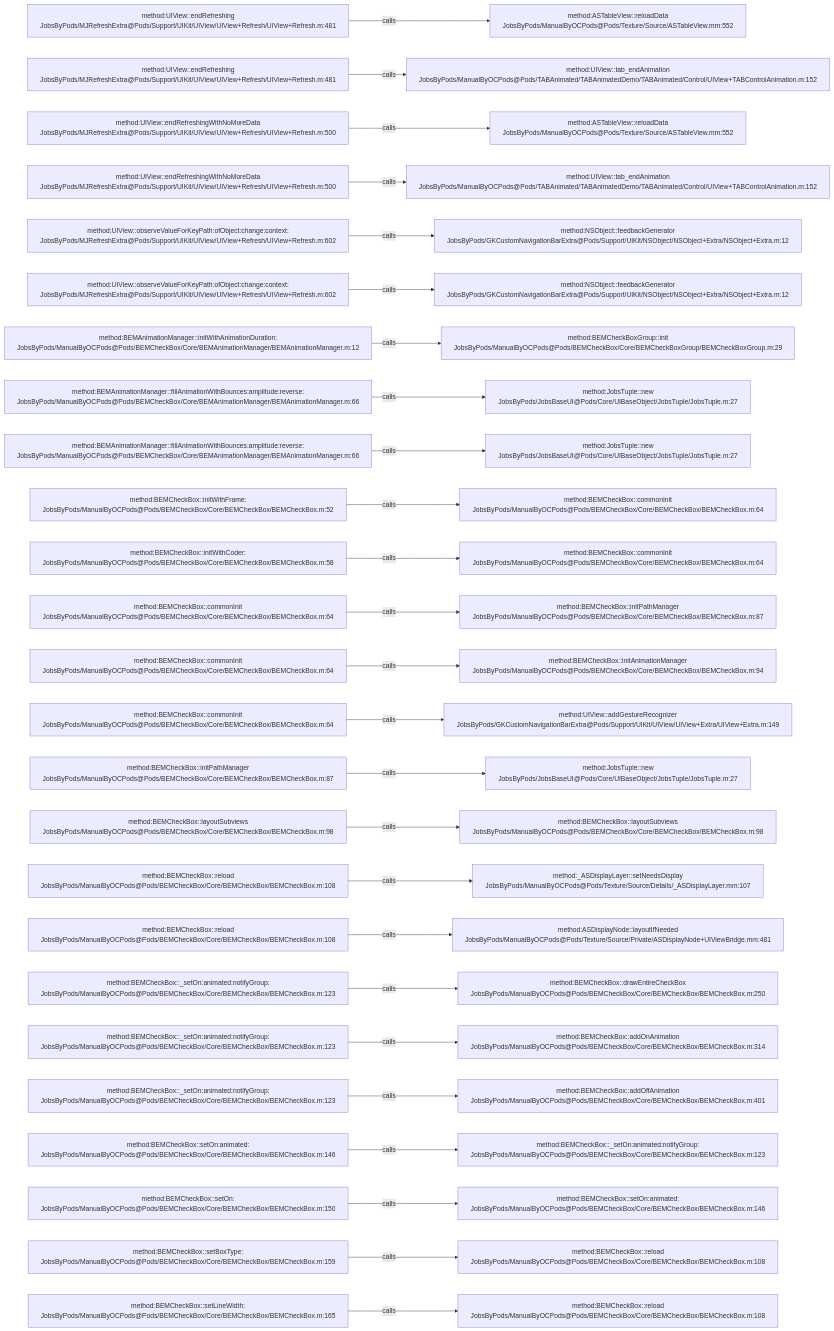
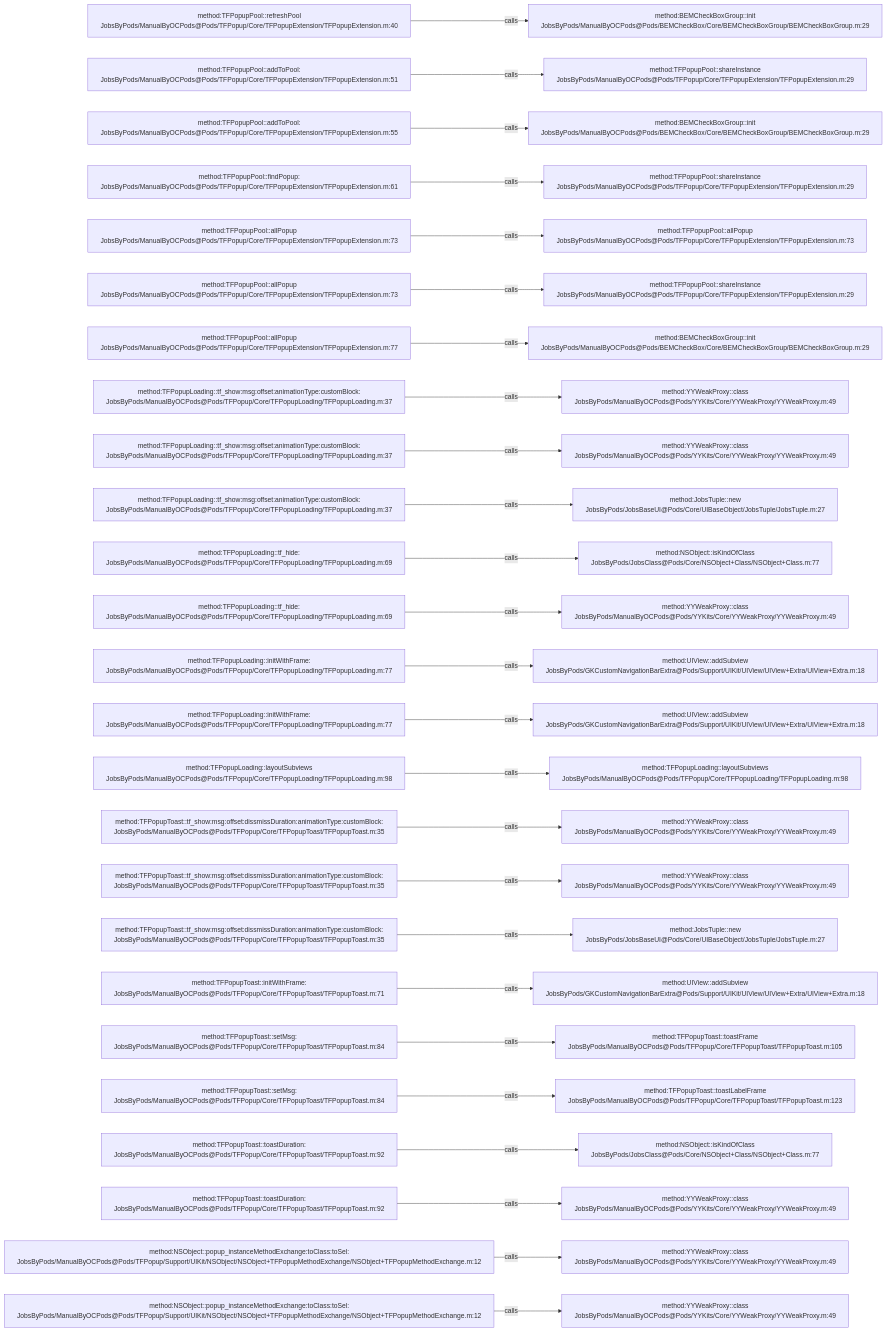
The diagram in .codegraph/codegraph.md/graphs/calls-176.md (JobsKits/JobsOCBaseConfigDemo), drawn with Mermaid before and after one commit. The commit also changed 573 other files, not shown here.

````diff
--- a/.codegraph/codegraph.md/graphs/calls-176.md
+++ b/.codegraph/codegraph.md/graphs/calls-176.md
@@ -13,78 +13,78 @@
 ```mermaid
 flowchart LR
-  S1["method:UIView::endRefreshing<br/>JobsByPods/MJRefreshExtra@Pods/Support/UIKit/UIView/UIView+Refresh/UIView+Refresh.m:481"]
-  T1["method:ASTableView::reloadData<br/>JobsByPods/ManualByOCPods@Pods/Texture/Source/ASTableView.mm:552"]
+  S1["method:TFPopupPool::refreshPool<br/>JobsByPods/ManualByOCPods@Pods/TFPopup/Core/TFPopupExtension/TFPopupExtension.m:40"]
+  T1["method:BEMCheckBoxGroup::init<br/>JobsByPods/ManualByOCPods@Pods/BEMCheckBox/Core/BEMCheckBoxGroup/BEMCheckBoxGroup.m:29"]
   S1 -->|calls| T1
-  S2["method:UIView::endRefreshing<br/>JobsByPods/MJRefreshExtra@Pods/Support/UIKit/UIView/UIView+Refresh/UIView+Refresh.m:481"]
-  T2["method:UIView::tab_endAnimation<br/>JobsByPods/ManualByOCPods@Pods/TABAnimated/TABAnimatedDemo/TABAnimated/Control/UIView+TABControlAnimation.m:152"]
+  S2["method:TFPopupPool::addToPool:<br/>JobsByPods/ManualByOCPods@Pods/TFPopup/Core/TFPopupExtension/TFPopupExtension.m:51"]
+  T2["method:TFPopupPool::shareInstance<br/>JobsByPods/ManualByOCPods@Pods/TFPopup/Core/TFPopupExtension/TFPopupExtension.m:29"]
   S2 -->|calls| T2
-  S3["method:UIView::endRefreshingWithNoMoreData<br/>JobsByPods/MJRefreshExtra@Pods/Support/UIKit/UIView/UIView+Refresh/UIView+Refresh.m:500"]
-  T3["method:ASTableView::reloadData<br/>JobsByPods/ManualByOCPods@Pods/Texture/Source/ASTableView.mm:552"]
+  S3["method:TFPopupPool::addToPool:<br/>JobsByPods/ManualByOCPods@Pods/TFPopup/Core/TFPopupExtension/TFPopupExtension.m:55"]
+  T3["method:BEMCheckBoxGroup::init<br/>JobsByPods/ManualByOCPods@Pods/BEMCheckBox/Core/BEMCheckBoxGroup/BEMCheckBoxGroup.m:29"]
   S3 -->|calls| T3
-  S4["method:UIView::endRefreshingWithNoMoreData<br/>JobsByPods/MJRefreshExtra@Pods/Support/UIKit/UIView/UIView+Refresh/UIView+Refresh.m:500"]
-  T4["method:UIView::tab_endAnimation<br/>JobsByPods/ManualByOCPods@Pods/TABAnimated/TABAnimatedDemo/TABAnimated/Control/UIView+TABControlAnimation.m:152"]
+  S4["method:TFPopupPool::findPopup:<br/>JobsByPods/ManualByOCPods@Pods/TFPopup/Core/TFPopupExtension/TFPopupExtension.m:61"]
+  T4["method:TFPopupPool::shareInstance<br/>JobsByPods/ManualByOCPods@Pods/TFPopup/Core/TFPopupExtension/TFPopupExtension.m:29"]
   S4 -->|calls| T4
-  S5["method:UIView::observeValueForKeyPath:ofObject:change:context:<br/>JobsByPods/MJRefreshExtra@Pods/Support/UIKit/UIView/UIView+Refresh/UIView+Refresh.m:602"]
-  T5["method:NSObject::feedbackGenerator<br/>JobsByPods/GKCustomNavigationBarExtra@Pods/Support/UIKit/NSObject/NSObject+Extra/NSObject+Extra.m:12"]
+  S5["method:TFPopupPool::allPopup<br/>JobsByPods/ManualByOCPods@Pods/TFPopup/Core/TFPopupExtension/TFPopupExtension.m:73"]
+  T5["method:TFPopupPool::allPopup<br/>JobsByPods/ManualByOCPods@Pods/TFPopup/Core/TFPopupExtension/TFPopupExtension.m:73"]
   S5 -->|calls| T5
-  S6["method:UIView::observeValueForKeyPath:ofObject:change:context:<br/>JobsByPods/MJRefreshExtra@Pods/Support/UIKit/UIView/UIView+Refresh/UIView+Refresh.m:602"]
-  T6["method:NSObject::feedbackGenerator<br/>JobsByPods/GKCustomNavigationBarExtra@Pods/Support/UIKit/NSObject/NSObject+Extra/NSObject+Extra.m:12"]
+  S6["method:TFPopupPool::allPopup<br/>JobsByPods/ManualByOCPods@Pods/TFPopup/Core/TFPopupExtension/TFPopupExtension.m:73"]
+  T6["method:TFPopupPool::shareInstance<br/>JobsByPods/ManualByOCPods@Pods/TFPopup/Core/TFPopupExtension/TFPopupExtension.m:29"]
   S6 -->|calls| T6
-  S7["method:BEMAnimationManager::initWithAnimationDuration:<br/>JobsByPods/ManualByOCPods@Pods/BEMCheckBox/Core/BEMAnimationManager/BEMAnimationManager.m:12"]
+  S7["method:TFPopupPool::allPopup<br/>JobsByPods/ManualByOCPods@Pods/TFPopup/Core/TFPopupExtension/TFPopupExtension.m:77"]
   T7["method:BEMCheckBoxGroup::init<br/>JobsByPods/ManualByOCPods@Pods/BEMCheckBox/Core/BEMCheckBoxGroup/BEMCheckBoxGroup.m:29"]
   S7 -->|calls| T7
-  S8["method:BEMAnimationManager::fillAnimationWithBounces:amplitude:reverse:<br/>JobsByPods/ManualByOCPods@Pods/BEMCheckBox/Core/BEMAnimationManager/BEMAnimationManager.m:66"]
-  T8["method:JobsTuple::new<br/>JobsByPods/JobsBaseUI@Pods/Core/UIBaseObject/JobsTuple/JobsTuple.m:27"]
+  S8["method:TFPopupLoading::tf_show:msg:offset:animationType:customBlock:<br/>JobsByPods/ManualByOCPods@Pods/TFPopup/Core/TFPopupLoading/TFPopupLoading.m:37"]
+  T8["method:YYWeakProxy::class<br/>JobsByPods/ManualByOCPods@Pods/YYKits/Core/YYWeakProxy/YYWeakProxy.m:49"]
   S8 -->|calls| T8
-  S9["method:BEMAnimationManager::fillAnimationWithBounces:amplitude:reverse:<br/>JobsByPods/ManualByOCPods@Pods/BEMCheckBox/Core/BEMAnimationManager/BEMAnimationManager.m:66"]
-  T9["method:JobsTuple::new<br/>JobsByPods/JobsBaseUI@Pods/Core/UIBaseObject/JobsTuple/JobsTuple.m:27"]
+  S9["method:TFPopupLoading::tf_show:msg:offset:animationType:customBlock:<br/>JobsByPods/ManualByOCPods@Pods/TFPopup/Core/TFPopupLoading/TFPopupLoading.m:37"]
+  T9["method:YYWeakProxy::class<br/>JobsByPods/ManualByOCPods@Pods/YYKits/Core/YYWeakProxy/YYWeakProxy.m:49"]
   S9 -->|calls| T9
-  S10["method:BEMCheckBox::initWithFrame:<br/>JobsByPods/ManualByOCPods@Pods/BEMCheckBox/Core/BEMCheckBox/BEMCheckBox.m:52"]
-  T10["method:BEMCheckBox::commonInit<br/>JobsByPods/ManualByOCPods@Pods/BEMCheckBox/Core/BEMCheckBox/BEMCheckBox.m:64"]
+  S10["method:TFPopupLoading::tf_show:msg:offset:animationType:customBlock:<br/>JobsByPods/ManualByOCPods@Pods/TFPopup/Core/TFPopupLoading/TFPopupLoading.m:37"]
+  T10["method:JobsTuple::new<br/>JobsByPods/JobsBaseUI@Pods/Core/UIBaseObject/JobsTuple/JobsTuple.m:27"]
   S10 -->|calls| T10
-  S11["method:BEMCheckBox::initWithCoder:<br/>JobsByPods/ManualByOCPods@Pods/BEMCheckBox/Core/BEMCheckBox/BEMCheckBox.m:58"]
-  T11["method:BEMCheckBox::commonInit<br/>JobsByPods/ManualByOCPods@Pods/BEMCheckBox/Core/BEMCheckBox/BEMCheckBox.m:64"]
+  S11["method:TFPopupLoading::tf_hide:<br/>JobsByPods/ManualByOCPods@Pods/TFPopup/Core/TFPopupLoading/TFPopupLoading.m:69"]
+  T11["method:NSObject::isKindOfClass<br/>JobsByPods/JobsClass@Pods/Core/NSObject+Class/NSObject+Class.m:77"]
   S11 -->|calls| T11
-  S12["method:BEMCheckBox::commonInit<br/>JobsByPods/ManualByOCPods@Pods/BEMCheckBox/Core/BEMCheckBox/BEMCheckBox.m:64"]
-  T12["method:BEMCheckBox::initPathManager<br/>JobsByPods/ManualByOCPods@Pods/BEMCheckBox/Core/BEMCheckBox/BEMCheckBox.m:87"]
+  S12["method:TFPopupLoading::tf_hide:<br/>JobsByPods/ManualByOCPods@Pods/TFPopup/Core/TFPopupLoading/TFPopupLoading.m:69"]
+  T12["method:YYWeakProxy::class<br/>JobsByPods/ManualByOCPods@Pods/YYKits/Core/YYWeakProxy/YYWeakProxy.m:49"]
   S12 -->|calls| T12
-  S13["method:BEMCheckBox::commonInit<br/>JobsByPods/ManualByOCPods@Pods/BEMCheckBox/Core/BEMCheckBox/BEMCheckBox.m:64"]
-  T13["method:BEMCheckBox::initAnimationManager<br/>JobsByPods/ManualByOCPods@Pods/BEMCheckBox/Core/BEMCheckBox/BEMCheckBox.m:94"]
+  S13["method:TFPopupLoading::initWithFrame:<br/>JobsByPods/ManualByOCPods@Pods/TFPopup/Core/TFPopupLoading/TFPopupLoading.m:77"]
+  T13["method:UIView::addSubview<br/>JobsByPods/GKCustomNavigationBarExtra@Pods/Support/UIKit/UIView/UIView+Extra/UIView+Extra.m:18"]
   S13 -->|calls| T13
-  S14["method:BEMCheckBox::commonInit<br/>JobsByPods/ManualByOCPods@Pods/BEMCheckBox/Core/BEMCheckBox/BEMCheckBox.m:64"]
-  T14["method:UIView::addGestureRecognizer<br/>JobsByPods/GKCustomNavigationBarExtra@Pods/Support/UIKit/UIView/UIView+Extra/UIView+Extra.m:149"]
+  S14["method:TFPopupLoading::initWithFrame:<br/>JobsByPods/ManualByOCPods@Pods/TFPopup/Core/TFPopupLoading/TFPopupLoading.m:77"]
+  T14["method:UIView::addSubview<br/>JobsByPods/GKCustomNavigationBarExtra@Pods/Support/UIKit/UIView/UIView+Extra/UIView+Extra.m:18"]
   S14 -->|calls| T14
-  S15["method:BEMCheckBox::initPathManager<br/>JobsByPods/ManualByOCPods@Pods/BEMCheckBox/Core/BEMCheckBox/BEMCheckBox.m:87"]
-  T15["method:JobsTuple::new<br/>JobsByPods/JobsBaseUI@Pods/Core/UIBaseObject/JobsTuple/JobsTuple.m:27"]
+  S15["method:TFPopupLoading::layoutSubviews<br/>JobsByPods/ManualByOCPods@Pods/TFPopup/Core/TFPopupLoading/TFPopupLoading.m:98"]
+  T15["method:TFPopupLoading::layoutSubviews<br/>JobsByPods/ManualByOCPods@Pods/TFPopup/Core/TFPopupLoading/TFPopupLoading.m:98"]
   S15 -->|calls| T15
-  S16["method:BEMCheckBox::layoutSubviews<br/>JobsByPods/ManualByOCPods@Pods/BEMCheckBox/Core/BEMCheckBox/BEMCheckBox.m:98"]
-  T16["method:BEMCheckBox::layoutSubviews<br/>JobsByPods/ManualByOCPods@Pods/BEMCheckBox/Core/BEMCheckBox/BEMCheckBox.m:98"]
+  S16["method:TFPopupToast::tf_show:msg:offset:dissmissDuration:animationType:customBlock:<br/>JobsByPods/ManualByOCPods@Pods/TFPopup/Core/TFPopupToast/TFPopupToast.m:35"]
+  T16["method:YYWeakProxy::class<br/>JobsByPods/ManualByOCPods@Pods/YYKits/Core/YYWeakProxy/YYWeakProxy.m:49"]
   S16 -->|calls| T16
-  S17["method:BEMCheckBox::reload<br/>JobsByPods/ManualByOCPods@Pods/BEMCheckBox/Core/BEMCheckBox/BEMCheckBox.m:108"]
-  T17["method:_ASDisplayLayer::setNeedsDisplay<br/>JobsByPods/ManualByOCPods@Pods/Texture/Source/Details/_ASDisplayLayer.mm:107"]
+  S17["method:TFPopupToast::tf_show:msg:offset:dissmissDuration:animationType:customBlock:<br/>JobsByPods/ManualByOCPods@Pods/TFPopup/Core/TFPopupToast/TFPopupToast.m:35"]
+  T17["method:YYWeakProxy::class<br/>JobsByPods/ManualByOCPods@Pods/YYKits/Core/YYWeakProxy/YYWeakProxy.m:49"]
   S17 -->|calls| T17
-  S18["method:BEMCheckBox::reload<br/>JobsByPods/ManualByOCPods@Pods/BEMCheckBox/Core/BEMCheckBox/BEMCheckBox.m:108"]
-  T18["method:ASDisplayNode::layoutIfNeeded<br/>JobsByPods/ManualByOCPods@Pods/Texture/Source/Private/ASDisplayNode+UIViewBridge.mm:481"]
+  S18["method:TFPopupToast::tf_show:msg:offset:dissmissDuration:animationType:customBlock:<br/>JobsByPods/ManualByOCPods@Pods/TFPopup/Core/TFPopupToast/TFPopupToast.m:35"]
+  T18["method:JobsTuple::new<br/>JobsByPods/JobsBaseUI@Pods/Core/UIBaseObject/JobsTuple/JobsTuple.m:27"]
   S18 -->|calls| T18
-  S19["method:BEMCheckBox::_setOn:animated:notifyGroup:<br/>JobsByPods/ManualByOCPods@Pods/BEMCheckBox/Core/BEMCheckBox/BEMCheckBox.m:123"]
-  T19["method:BEMCheckBox::drawEntireCheckBox<br/>JobsByPods/ManualByOCPods@Pods/BEMCheckBox/Core/BEMCheckBox/BEMCheckBox.m:250"]
+  S19["method:TFPopupToast::initWithFrame:<br/>JobsByPods/ManualByOCPods@Pods/TFPopup/Core/TFPopupToast/TFPopupToast.m:71"]
+  T19["method:UIView::addSubview<br/>JobsByPods/GKCustomNavigationBarExtra@Pods/Support/UIKit/UIView/UIView+Extra/UIView+Extra.m:18"]
   S19 -->|calls| T19
-  S20["method:BEMCheckBox::_setOn:animated:notifyGroup:<br/>JobsByPods/ManualByOCPods@Pods/BEMCheckBox/Core/BEMCheckBox/BEMCheckBox.m:123"]
-  T20["method:BEMCheckBox::addOnAnimation<br/>JobsByPods/ManualByOCPods@Pods/BEMCheckBox/Core/BEMCheckBox/BEMCheckBox.m:314"]
+  S20["method:TFPopupToast::setMsg:<br/>JobsByPods/ManualByOCPods@Pods/TFPopup/Core/TFPopupToast/TFPopupToast.m:84"]
+  T20["method:TFPopupToast::toastFrame<br/>JobsByPods/ManualByOCPods@Pods/TFPopup/Core/TFPopupToast/TFPopupToast.m:105"]
   S20 -->|calls| T20
-  S21["method:BEMCheckBox::_setOn:animated:notifyGroup:<br/>JobsByPods/ManualByOCPods@Pods/BEMCheckBox/Core/BEMCheckBox/BEMCheckBox.m:123"]
-  T21["method:BEMCheckBox::addOffAnimation<br/>JobsByPods/ManualByOCPods@Pods/BEMCheckBox/Core/BEMCheckBox/BEMCheckBox.m:401"]
+  S21["method:TFPopupToast::setMsg:<br/>JobsByPods/ManualByOCPods@Pods/TFPopup/Core/TFPopupToast/TFPopupToast.m:84"]
+  T21["method:TFPopupToast::toastLabelFrame<br/>JobsByPods/ManualByOCPods@Pods/TFPopup/Core/TFPopupToast/TFPopupToast.m:123"]
   S21 -->|calls| T21
-  S22["method:BEMCheckBox::setOn:animated:<br/>JobsByPods/ManualByOCPods@Pods/BEMCheckBox/Core/BEMCheckBox/BEMCheckBox.m:146"]
-  T22["method:BEMCheckBox::_setOn:animated:notifyGroup:<br/>JobsByPods/ManualByOCPods@Pods/BEMCheckBox/Core/BEMCheckBox/BEMCheckBox.m:123"]
+  S22["method:TFPopupToast::toastDuration:<br/>JobsByPods/ManualByOCPods@Pods/TFPopup/Core/TFPopupToast/TFPopupToast.m:92"]
+  T22["method:NSObject::isKindOfClass<br/>JobsByPods/JobsClass@Pods/Core/NSObject+Class/NSObject+Class.m:77"]
   S22 -->|calls| T22
-  S23["method:BEMCheckBox::setOn:<br/>JobsByPods/ManualByOCPods@Pods/BEMCheckBox/Core/BEMCheckBox/BEMCheckBox.m:150"]
-  T23["method:BEMCheckBox::setOn:animated:<br/>JobsByPods/ManualByOCPods@Pods/BEMCheckBox/Core/BEMCheckBox/BEMCheckBox.m:146"]
+  S23["method:TFPopupToast::toastDuration:<br/>JobsByPods/ManualByOCPods@Pods/TFPopup/Core/TFPopupToast/TFPopupToast.m:92"]
+  T23["method:YYWeakProxy::class<br/>JobsByPods/ManualByOCPods@Pods/YYKits/Core/YYWeakProxy/YYWeakProxy.m:49"]
   S23 -->|calls| T23
-  S24["method:BEMCheckBox::setBoxType:<br/>JobsByPods/ManualByOCPods@Pods/BEMCheckBox/Core/BEMCheckBox/BEMCheckBox.m:159"]
-  T24["method:BEMCheckBox::reload<br/>JobsByPods/ManualByOCPods@Pods/BEMCheckBox/Core/BEMCheckBox/BEMCheckBox.m:108"]
+  S24["method:NSObject::popup_instanceMethodExchange:toClass:toSel:<br/>JobsByPods/ManualByOCPods@Pods/TFPopup/Support/UIKit/NSObject/NSObject+TFPopupMethodExchange/NSObject+TFPopupMethodExchange.m:12"]
+  T24["method:YYWeakProxy::class<br/>JobsByPods/ManualByOCPods@Pods/YYKits/Core/YYWeakProxy/YYWeakProxy.m:49"]
   S24 -->|calls| T24
-  S25["method:BEMCheckBox::setLineWidth:<br/>JobsByPods/ManualByOCPods@Pods/BEMCheckBox/Core/BEMCheckBox/BEMCheckBox.m:165"]
-  T25["method:BEMCheckBox::reload<br/>JobsByPods/ManualByOCPods@Pods/BEMCheckBox/Core/BEMCheckBox/BEMCheckBox.m:108"]
+  S25["method:NSObject::popup_instanceMethodExchange:toClass:toSel:<br/>JobsByPods/ManualByOCPods@Pods/TFPopup/Support/UIKit/NSObject/NSObject+TFPopupMethodExchange/NSObject+TFPopupMethodExchange.m:12"]
+  T25["method:YYWeakProxy::class<br/>JobsByPods/ManualByOCPods@Pods/YYKits/Core/YYWeakProxy/YYWeakProxy.m:49"]
   S25 -->|calls| T25
 ```
````
